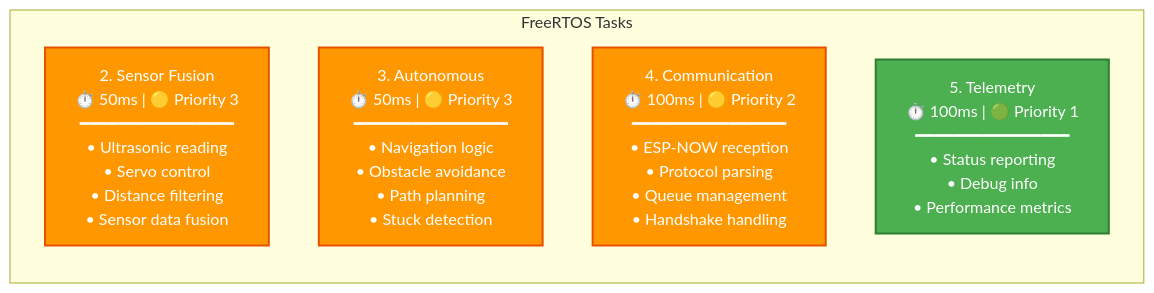
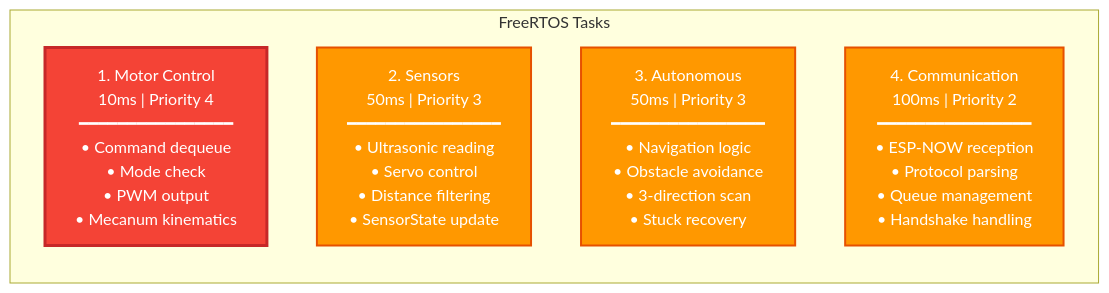
One commit to Yaniv23/final-project-gesture-car changed the third of 17 diagrams in docs/architecture.md. Above: the diagram before and after it, drawn with Mermaid. The commit also changed other lines of this file and 16 other files, not shown here.

````diff
--- a/docs/architecture.md
+++ b/docs/architecture.md
@@ -161,24 +154,22 @@
 ```mermaid
 graph LR
     subgraph Tasks["FreeRTOS Tasks"]
-        T2["2. Sensor Fusion<br/>⏱️ 50ms | 🟡 Priority 3<br/>━━━━━━━━━━━━━━━━<br/>• Ultrasonic reading<br/>• Servo control<br/>• Distance filtering<br/>• Sensor data fusion"]
+        T1["1. Motor Control<br/>10ms | Priority 4<br/>━━━━━━━━━━━━━━━━<br/>• Command dequeue<br/>• Mode check<br/>• PWM output<br/>• Mecanum kinematics"]
         
-        T3["3. Autonomous<br/>⏱️ 50ms | 🟡 Priority 3<br/>━━━━━━━━━━━━━━━━<br/>• Navigation logic<br/>• Obstacle avoidance<br/>• Path planning<br/>• Stuck detection"]
+        T2["2. Sensors<br/>50ms | Priority 3<br/>━━━━━━━━━━━━━━━━<br/>• Ultrasonic reading<br/>• Servo control<br/>• Distance filtering<br/>• SensorState update"]
         
-        T4["4. Communication<br/>⏱️ 100ms | 🟡 Priority 2<br/>━━━━━━━━━━━━━━━━<br/>• ESP-NOW reception<br/>• Protocol parsing<br/>• Queue management<br/>• Handshake handling"]
+        T3["3. Autonomous<br/>50ms | Priority 3<br/>━━━━━━━━━━━━━━━━<br/>• Navigation logic<br/>• Obstacle avoidance<br/>• 3-direction scan<br/>• Stuck recovery"]
         
-        T5["5. Telemetry<br/>⏱️ 100ms | 🟢 Priority 1<br/>━━━━━━━━━━━━━━━━<br/>• Status reporting<br/>• Debug info<br/>• Performance metrics"]
+        T4["4. Communication<br/>100ms | Priority 2<br/>━━━━━━━━━━━━━━━━<br/>• ESP-NOW reception<br/>• Protocol parsing<br/>• Queue management<br/>• Handshake handling"]
     end
     
     classDef task1 fill:#F44336,stroke:#C62828,stroke-width:3px,color:#fff
     classDef task2 fill:#FF9800,stroke:#E65100,stroke-width:2px,color:#fff
     classDef task3 fill:#FF9800,stroke:#E65100,stroke-width:2px,color:#fff
     classDef task4 fill:#FF9800,stroke:#E65100,stroke-width:2px,color:#fff
-    classDef task5 fill:#4CAF50,stroke:#2E7D32,stroke-width:2px,color:#fff
     
     class T1 task1
     class T2 task2
     class T3 task3
     class T4 task4
-    class T5 task5
 ```
````
